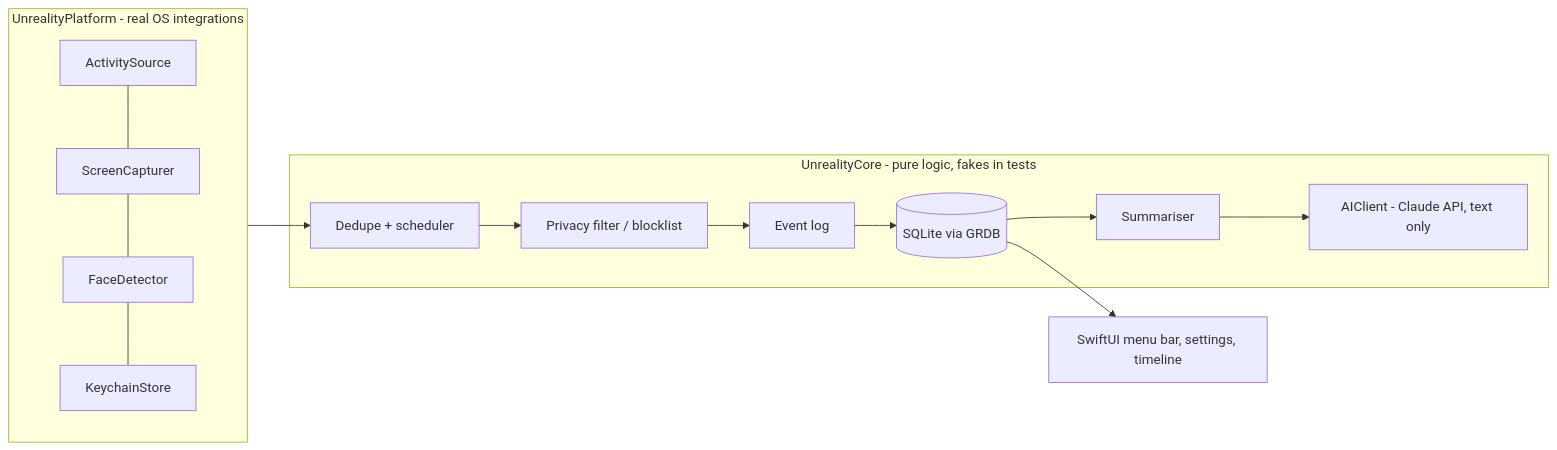
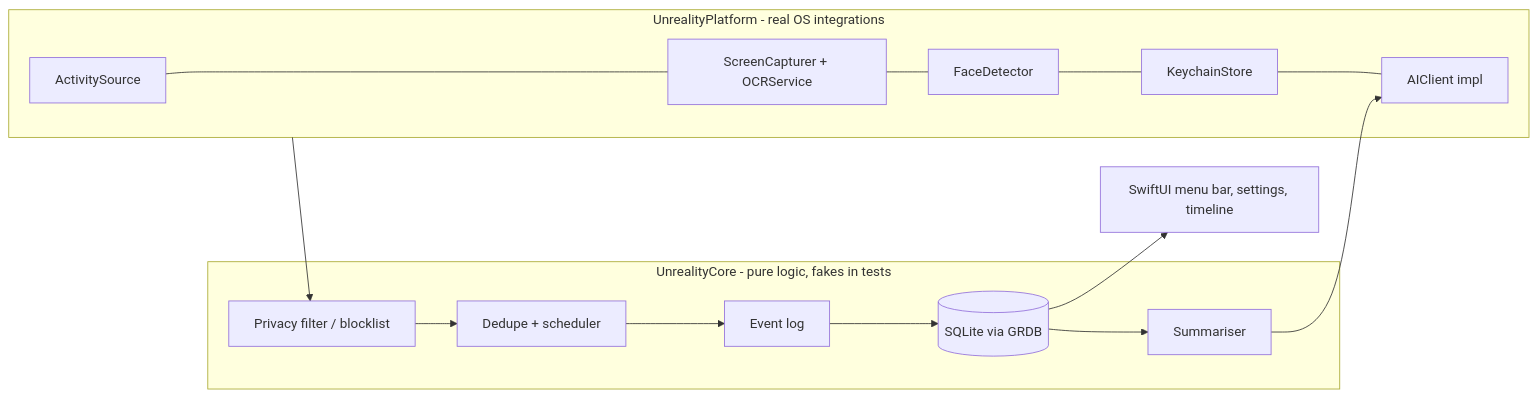
Before and after one commit to lemacarl/unreality: the diagram in docs/ARCHITECTURE.md, drawn with Mermaid. The commit also changed other lines of this file and 7 other files, not shown here.

````diff
--- a/docs/ARCHITECTURE.md
+++ b/docs/ARCHITECTURE.md
@@ -5,15 +5,15 @@
 ```mermaid
 flowchart LR
   subgraph Platform[UnrealityPlatform - real OS integrations]
-    A[ActivitySource] --- S[ScreenCapturer] --- F[FaceDetector] --- K[KeychainStore]
+    A[ActivitySource] --- S[ScreenCapturer + OCRService] --- F[FaceDetector] --- K[KeychainStore] --- C[AIClient impl]
   end
   subgraph Core[UnrealityCore - pure logic, fakes in tests]
-    P[Privacy filter / blocklist] --> L[Event log]
-    D[Dedupe + scheduler] --> P
+    P[Privacy filter / blocklist] --> D[Dedupe + scheduler]
+    D --> L[Event log]
     L --> DB[(SQLite via GRDB)]
     DB --> SUM[Summariser]
-    SUM --> AI[AIClient - Claude API, text only]
   end
-  Platform --> D
+  Platform --> P
+  SUM --> C
   DB --> UI[SwiftUI menu bar, settings, timeline]
 ```
````
